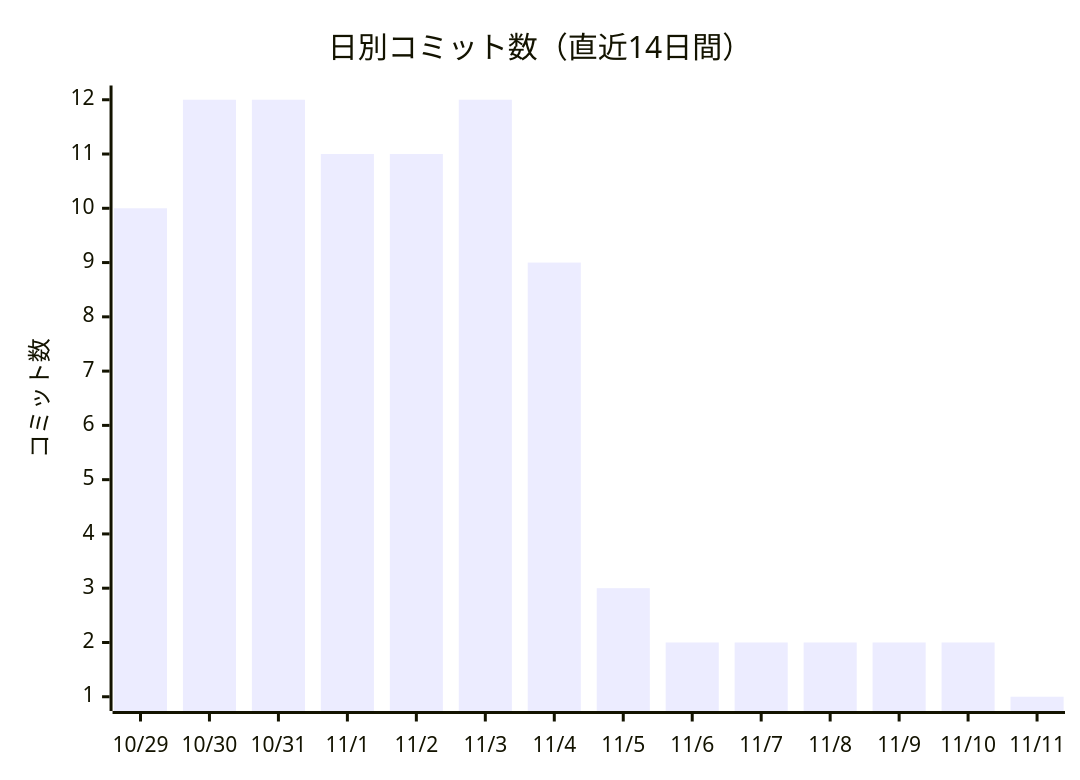
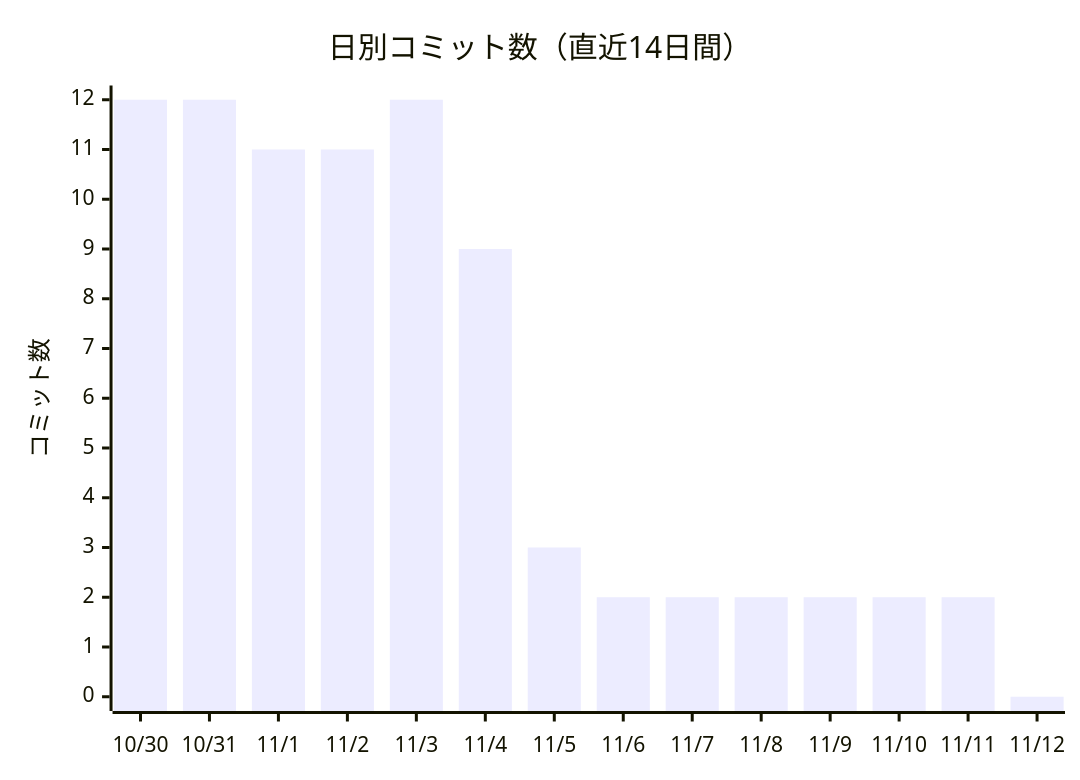
Before and after one commit to non-x2/non-x2: the first of 2 diagrams in docs/進化レポート.md, drawn with Mermaid. The commit also changed other lines of this file and 1 other file, not shown here.

````diff
--- a/docs/進化レポート.md
+++ b/docs/進化レポート.md
@@ -23,7 +23,7 @@
 ```mermaid
 xychart-beta
     title "日別コミット数（直近14日間）"
-    x-axis ["10/29", "10/30", "10/31", "11/1", "11/2", "11/3", "11/4", "11/5", "11/6", "11/7", "11/8", "11/9", "11/10", "11/11"]
+    x-axis ["10/30", "10/31", "11/1", "11/2", "11/3", "11/4", "11/5", "11/6", "11/7", "11/8", "11/9", "11/10", "11/11", "11/12"]
     y-axis "コミット数"
-    bar [10, 12, 12, 11, 11, 12, 9, 3, 2, 2, 2, 2, 2, 1]
+    bar [12, 12, 11, 11, 12, 9, 3, 2, 2, 2, 2, 2, 2, 0]
 ```
````
